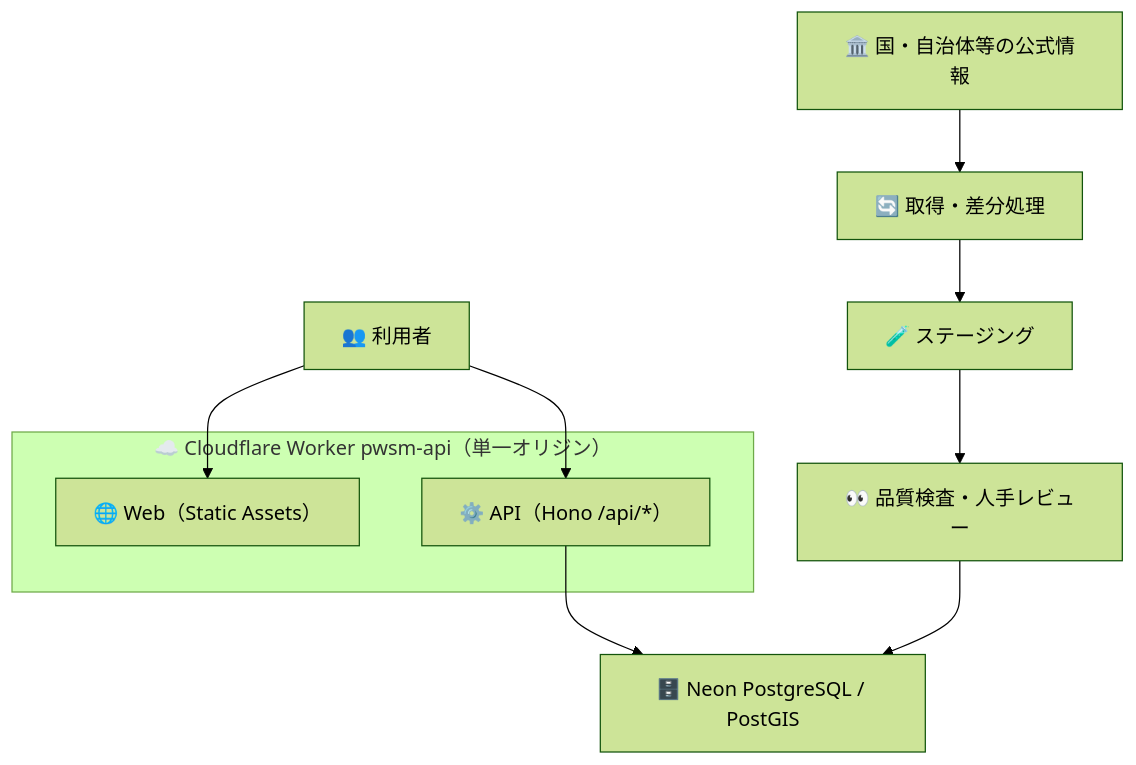
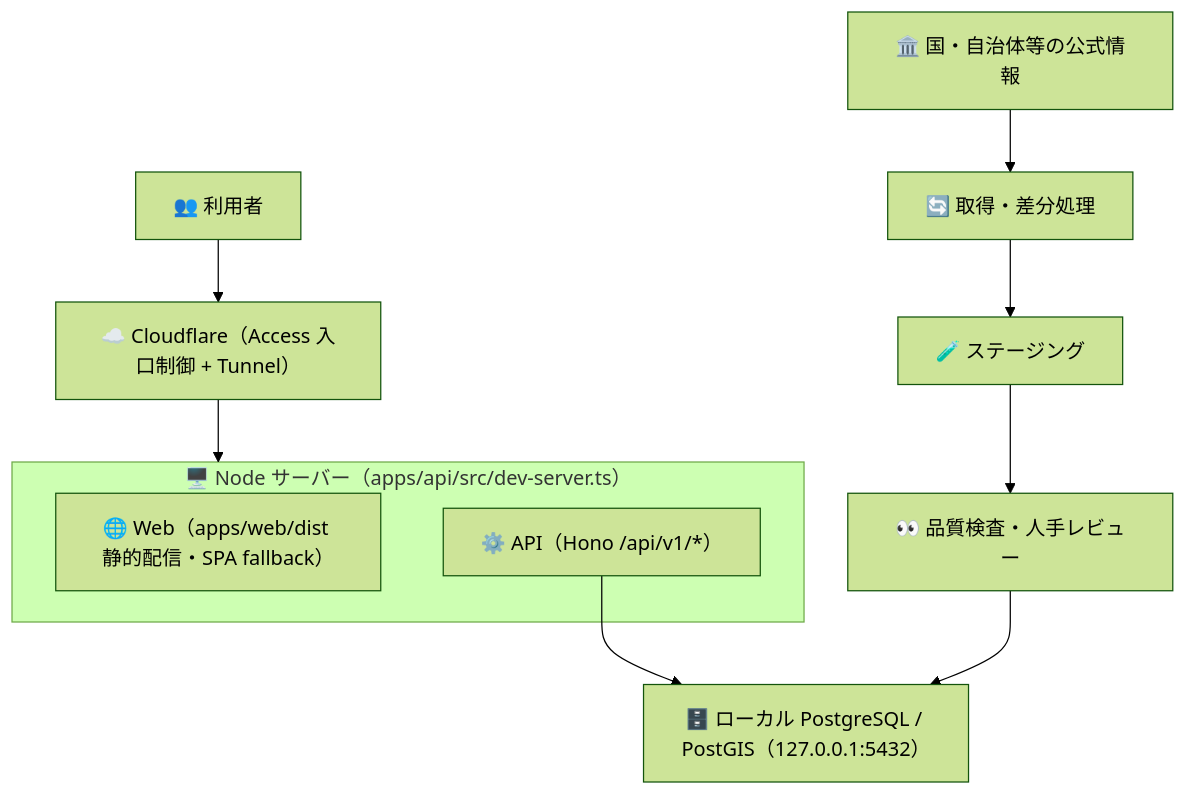
Before and after one commit to Kensan196948G/Public-Works-Stakeholder-Map: the third of 8 diagrams in README.md, drawn with Mermaid (forest theme). The commit also changed other lines of this file and 19 other files, not shown here.

First line of the commit message:
Neon 廃止・ローカル PostgreSQL 移行（404 解消・Node+Tunnel 公開構成） (#86)

````diff
--- a/README.md
+++ b/README.md
@@ -144,14 +144,14 @@
 ```mermaid
 flowchart TB
-    U["👥 利用者"] --> WEB
-    U --> API
-    subgraph WK ["☁️ Cloudflare Worker pwsm-api（単一オリジン）"]
-        WEB["🌐 Web（Static Assets）"]
-        API["⚙️ API（Hono /api/*）"]
+    U["👥 利用者"] --> CF["☁️ Cloudflare（Access 入口制御 + Tunnel）"]
+    CF --> NODE["🖥️ Node サーバー（systemd・単一オリジン）"]
+    subgraph NODE ["🖥️ Node サーバー（apps/api/src/dev-server.ts）"]
+        WEB["🌐 Web（apps/web/dist 静的配信・SPA fallback）"]
+        API["⚙️ API（Hono /api/v1/*）"]
     end
-    API --> DB["🗄️ Neon PostgreSQL / PostGIS"]
+    API --> DB["🗄️ ローカル PostgreSQL / PostGIS（127.0.0.1:5432）"]
     SRC["🏛️ 国・自治体等の公式情報"] --> JOB["🔄 取得・差分処理"]
     JOB --> STG["🧪 ステージング"]
     STG --> REV["👀 品質検査・人手レビュー"]
     REV --> DB
 ```
````
